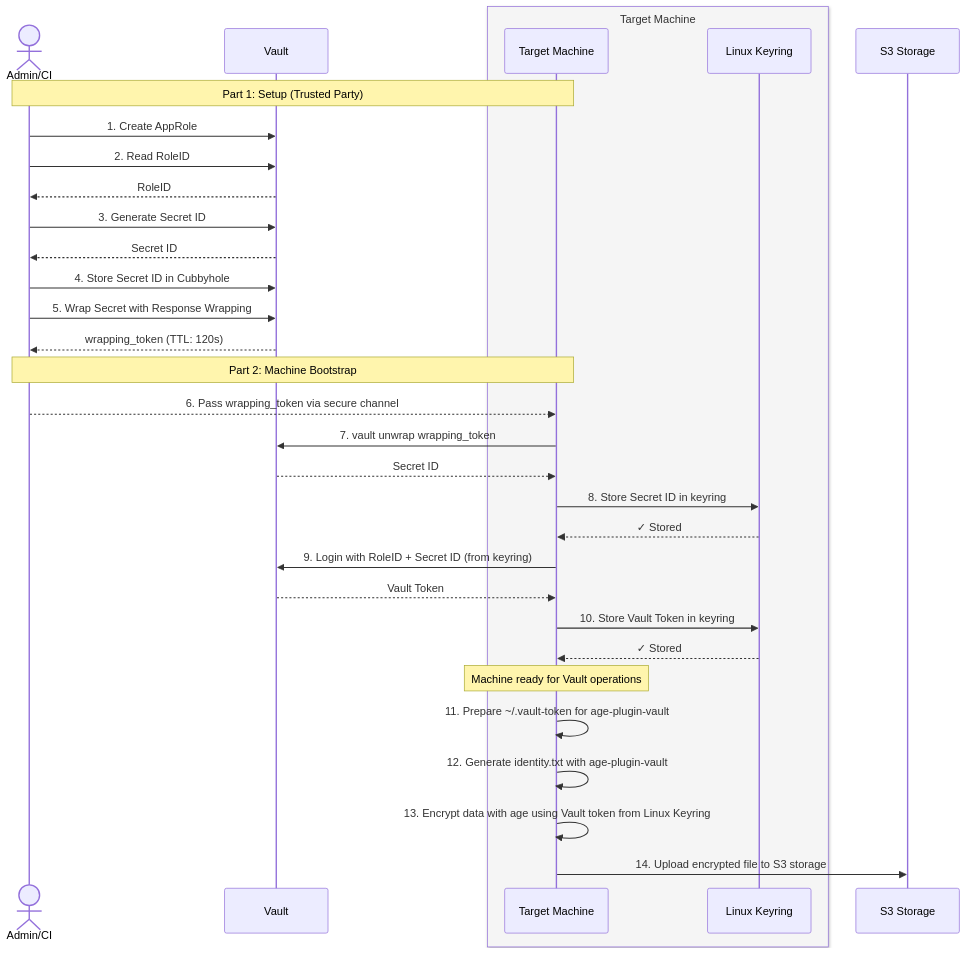
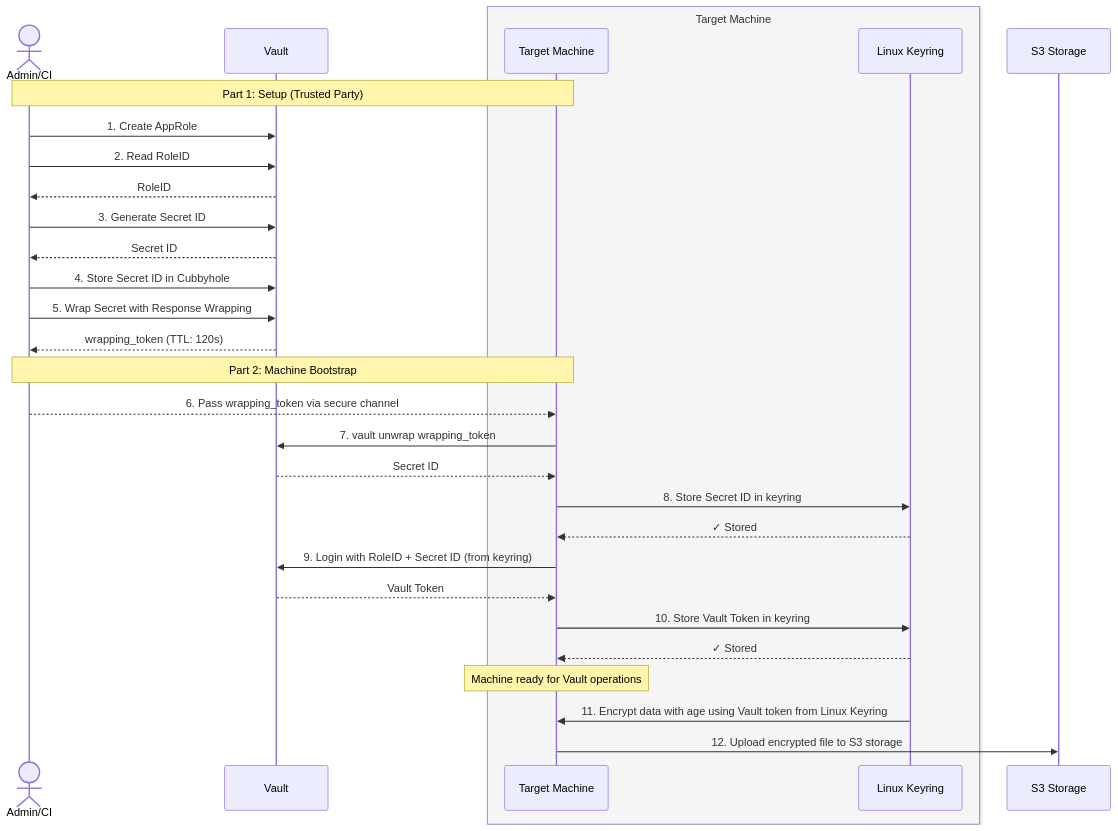
One commit to stsch9/age-plugin-vault changed the diagram in docs/machine_encryption.md. Above: the diagram before and after it, drawn with Mermaid.

Commit message:
small fix

````diff
--- a/docs/machine_encryption.md
+++ b/docs/machine_encryption.md
@@ -15,49 +15,47 @@
 ```mermaid
 sequenceDiagram
     actor Admin as Admin/CI
     participant Vault
     box rgb(245, 245, 245) Target Machine
         participant Machine as Target Machine
         participant Keyring as Linux Keyring
     end
 
     participant Storage as S3 Storage
 
     Note over Admin,Machine: Part 1: Setup (Trusted Party)
     
     Admin->>Vault: 1. Create AppRole
     Admin->>Vault: 2. Read RoleID
     Vault-->>Admin: RoleID
     
     Admin->>Vault: 3. Generate Secret ID
     Vault-->>Admin: Secret ID
     
     Admin->>Vault: 4. Store Secret ID in Cubbyhole
     
     Admin->>Vault: 5. Wrap Secret with Response Wrapping
     Vault-->>Admin: wrapping_token (TTL: 120s)
     
     Note over Admin,Machine: Part 2: Machine Bootstrap
     
     Admin-->>Machine: 6. Pass wrapping_token via secure channel
     
     Machine->>Vault: 7. vault unwrap wrapping_token
     Vault-->>Machine: Secret ID
     
     Machine->>Keyring: 8. Store Secret ID in keyring
     Keyring-->>Machine: ✓ Stored
     
     Machine->>Vault: 9. Login with RoleID + Secret ID (from keyring)
     Vault-->>Machine: Vault Token
     
     Machine->>Keyring: 10. Store Vault Token in keyring
     Keyring-->>Machine: ✓ Stored
 
     Note over Machine: Machine ready for Vault operations
 
-    Machine->>Machine: 11. Prepare ~/.vault-token for age-plugin-vault
-    Machine->>Machine: 12. Generate identity.txt with age-plugin-vault
-    Machine->>Machine: 13. Encrypt data with age using Vault token from Linux Keyring
-    Machine->>Storage: 14. Upload encrypted file to S3 storage
+    Keyring->>Machine: 11. Encrypt data with age using Vault token from Linux Keyring
+    Machine->>Storage: 12. Upload encrypted file to S3 storage
 
 ```
````
